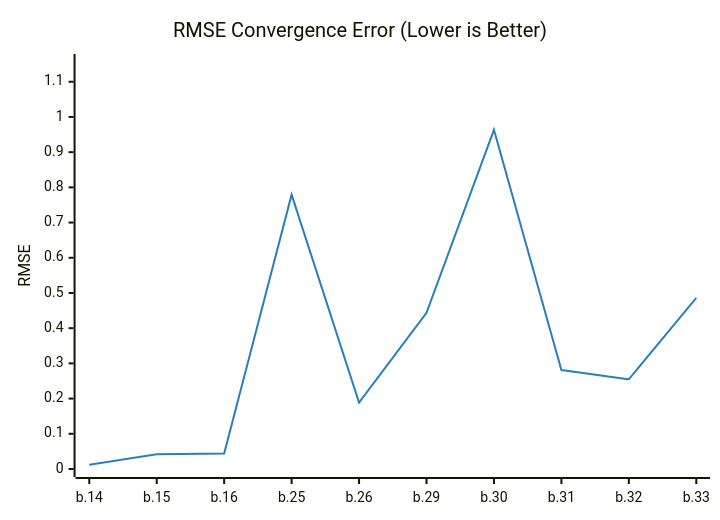
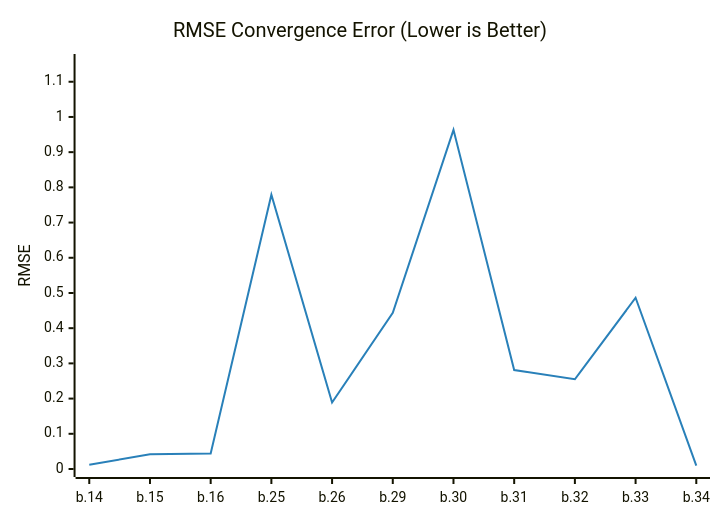
One commit to timo-eberl/tracy changed the diagram in README.md. Above: the diagram before and after it, drawn with Mermaid. The commit also changed other lines of this file and 2 other files, not shown here.

````diff
--- a/README.md
+++ b/README.md
@@ -13,14 +13,14 @@
 ```mermaid
 ---
 config:
     theme: base
     themeVariables:
         xyChart:
             plotColorPalette: "#2980b9"
 ---
 xychart-beta
     title "RMSE Convergence Error (Lower is Better)"
-    x-axis ["b.14", "b.15", "b.16", "b.25", "b.26", "b.29", "b.30", "b.31", "b.32", "b.33"]
+    x-axis ["b.14", "b.15", "b.16", "b.25", "b.26", "b.29", "b.30", "b.31", "b.32", "b.33", "b.34"]
     y-axis "RMSE" 0 --> 1.1561
-    line [0.012064, 0.041607, 0.043946, 0.7793, 0.1888, 0.4436, 0.9634, 0.2812, 0.2549, 0.4864]
+    line [0.012064, 0.041607, 0.043946, 0.7793, 0.1888, 0.4436, 0.9634, 0.2812, 0.2549, 0.4864, 0.0098]
 ```
````
